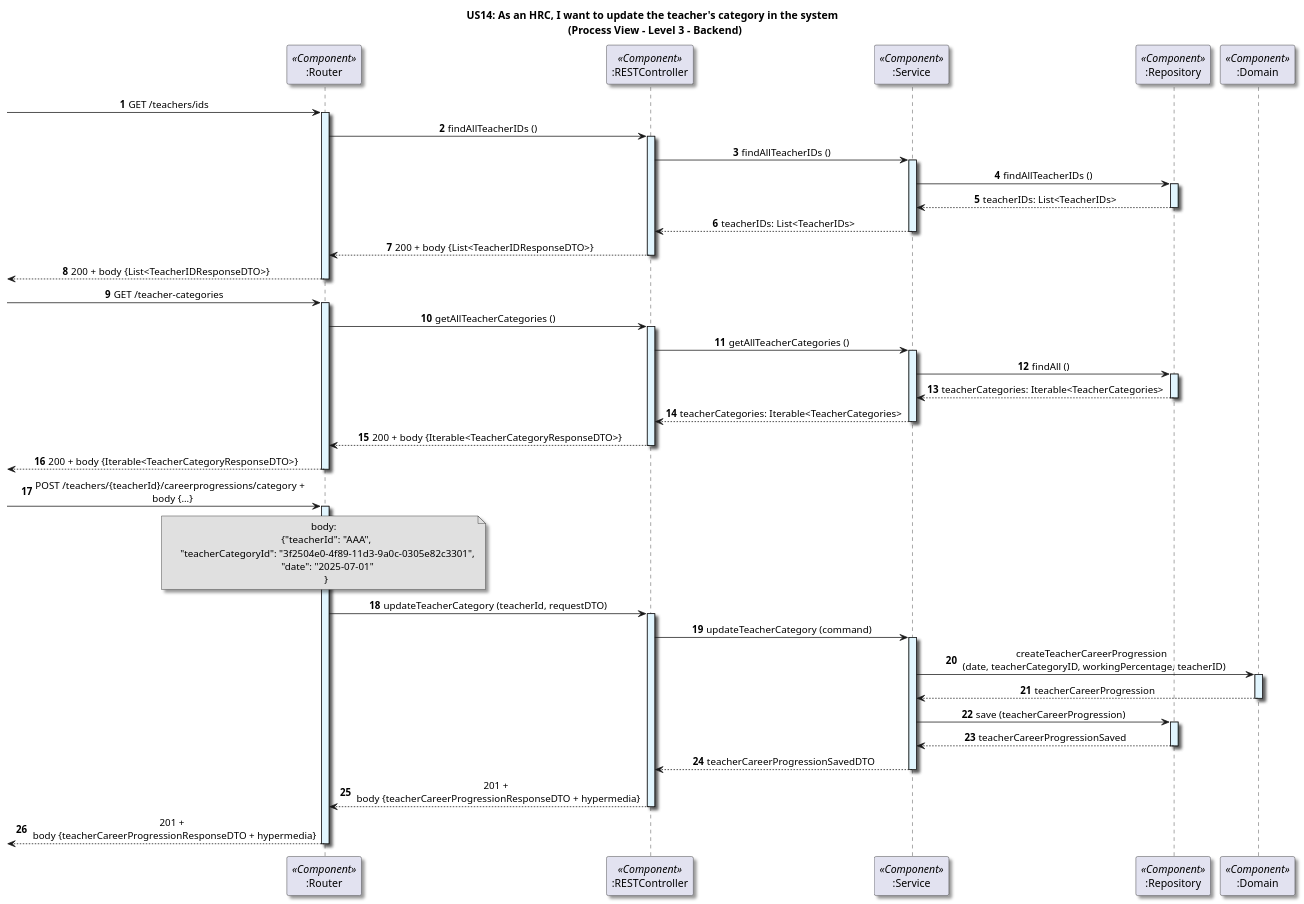
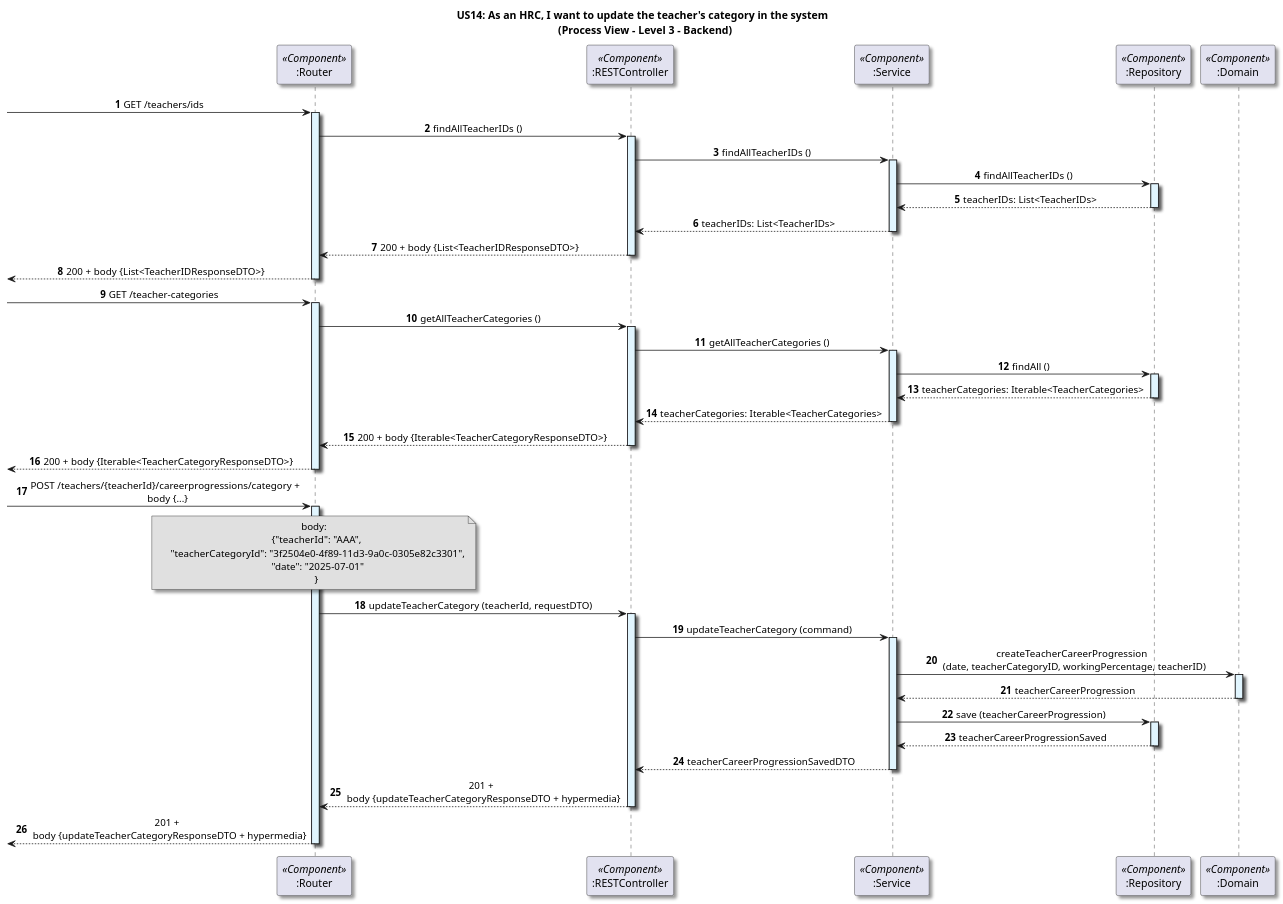
Before and after one commit to GasparISEP/DevOps-PAI: the diagram in docs/US14/Sprint7_RestAPI/ProcessView/Level3.puml, drawn with PlantUML.

Commit message:
docs (process): refactor level 3 process view for updateTeacherCategory functionality with minor adjustments #675 #678

```diff
--- a/docs/US14/Sprint7_RestAPI/ProcessView/Level3.puml
+++ b/docs/US14/Sprint7_RestAPI/ProcessView/Level3.puml
@@ -1,108 +1,108 @@
 @startuml
 
 title US14: As an HRC, I want to update the teacher's category in the system \n (Process View - Level 3 - Backend)
 
 skinparam defaultTextAlignment center
 skinparam shadowing true
 
 autonumber
 
 participant ":Router" as router <<Component>>
 participant ":RESTController" as controller <<Component>>
 participant ":Service" as service <<Component>>
 participant ":Repository" as repository <<Component>>
 participant ":Domain" as domain <<Component>>
 
 ' findAllTeacherIDs method '
 
 -> router: GET /teachers/ids
 activate router #E1F5FE
 
 router -> controller: findAllTeacherIDs ()
 activate controller #E1F5FE
 
 controller -> service: findAllTeacherIDs ()
 activate service #E1F5FE
 
 service -> repository: findAllTeacherIDs ()
 activate repository #E1F5FE
 
 repository --> service: teacherIDs: List<TeacherIDs>
 deactivate repository
 
 service --> controller: teacherIDs: List<TeacherIDs>
 deactivate service
 
 controller --> router: 200 + body {List<TeacherIDResponseDTO>}
 deactivate controller
 
 <-- router: 200 + body {List<TeacherIDResponseDTO>}
 deactivate router
 
 ' getAllTeacherCategories method '
 
 -> router: GET /teacher-categories
 activate router #E1F5FE
 
 router -> controller: getAllTeacherCategories ()
 activate controller #E1F5FE
 
 controller -> service: getAllTeacherCategories ()
 activate service #E1F5FE
 
 service -> repository: findAll ()
 activate repository #E1F5FE
 
 repository --> service: teacherCategories: Iterable<TeacherCategories>
 deactivate repository
 
 service --> controller: teacherCategories: Iterable<TeacherCategories>
 deactivate service
 
 controller --> router: 200 + body {Iterable<TeacherCategoryResponseDTO>}
 deactivate controller
 
 <-- router: 200 + body {Iterable<TeacherCategoryResponseDTO>}
 deactivate router
 
 ' updateTeacherCategory method '
 
 -> router: POST /teachers/{teacherId}/careerprogressions/category + \n body {...}
 activate router #E1F5FE
 
 note over router #E0E0E0
   body:
     {"teacherId": "AAA",
      "teacherCategoryId": "3f2504e0-4f89-11d3-9a0c-0305e82c3301",
      "date": "2025-07-01"
     }
 end note
 
 router -> controller: updateTeacherCategory (teacherId, requestDTO)
 activate controller #E1F5FE
 
 controller -> service: updateTeacherCategory (command)
 activate service #E1F5FE
 
 service -> domain: createTeacherCareerProgression \n (date, teacherCategoryID, workingPercentage, teacherID)
 activate domain #E1F5FE
 
 domain --> service: teacherCareerProgression
 deactivate domain
 
 service -> repository: save (teacherCareerProgression)
 activate repository #E1F5FE
 
 repository --> service: teacherCareerProgressionSaved
 deactivate repository
 
 service --> controller: teacherCareerProgressionSavedDTO
 deactivate service
 
-controller --> router: 201 + \n body {teacherCareerProgressionResponseDTO + hypermedia}
+controller --> router: 201 + \n body {updateTeacherCategoryResponseDTO + hypermedia}
 deactivate controller
 
-<-- router: 201 + \n body {teacherCareerProgressionResponseDTO + hypermedia}
+<-- router: 201 + \n body {updateTeacherCategoryResponseDTO + hypermedia}
 deactivate router
 
 @enduml
```
